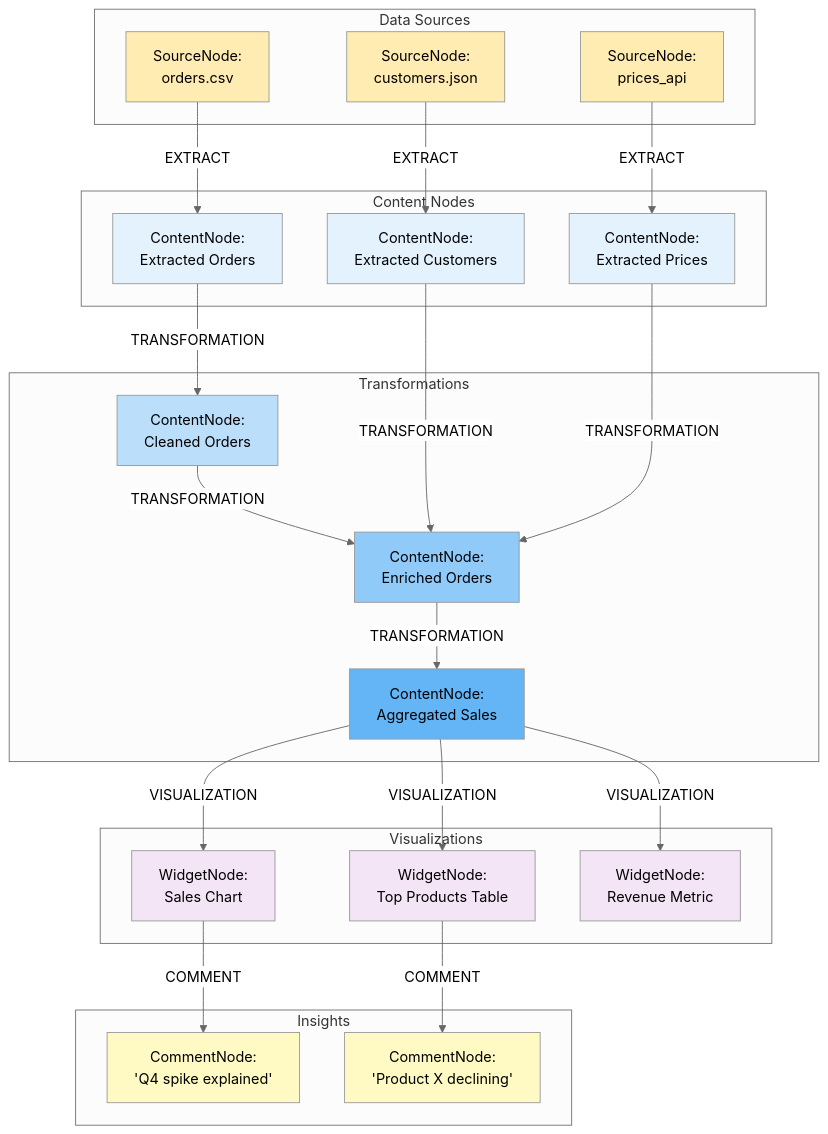
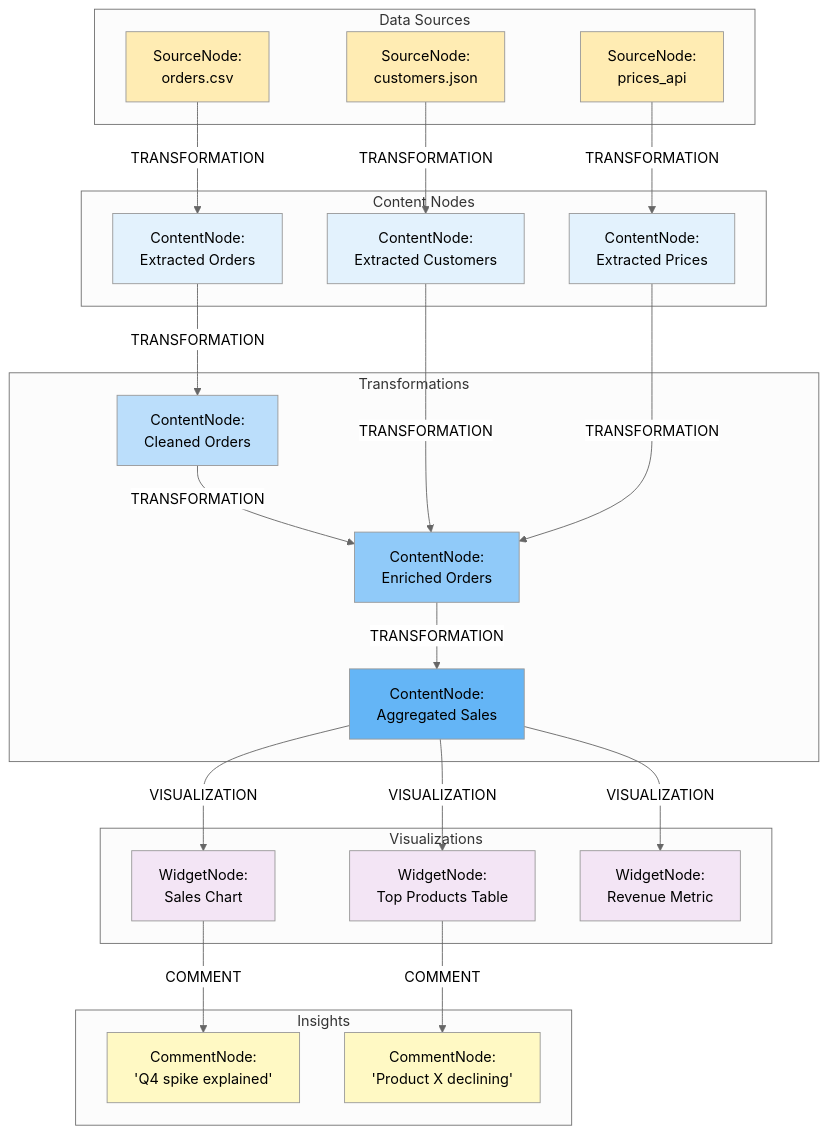
One commit to sgalex/gigaboard changed the sixth of 6 diagrams in docs/CONNECTION_TYPES.md. Above: the diagram before and after it, drawn with Mermaid (neutral theme). The commit also changed other lines of this file and 292 other files, not shown here.

````diff
--- a/docs/CONNECTION_TYPES.md
+++ b/docs/CONNECTION_TYPES.md
@@ -888,64 +784,64 @@
 ```mermaid
 flowchart TB
     subgraph Sources["Data Sources"]
         SN1["SourceNode:\norders.csv"]
         SN2["SourceNode:\ncustomers.json"]
         SN3["SourceNode:\nprices_api"]
     end
     
     subgraph Content["Content Nodes"]
         CN1["ContentNode:\nExtracted Orders"]
         CN2["ContentNode:\nExtracted Customers"]
         CN3["ContentNode:\nExtracted Prices"]
     end
     
     subgraph Transformations["Transformations"]
         CN4["ContentNode:\nCleaned Orders"]
         CN5["ContentNode:\nEnriched Orders"]
         CN6["ContentNode:\nAggregated Sales"]
     end
     
     subgraph Visualizations["Visualizations"]
         WN1["WidgetNode:\nSales Chart"]
         WN2["WidgetNode:\nTop Products Table"]
         WN3["WidgetNode:\nRevenue Metric"]
     end
     
     subgraph Insights["Insights"]
         ComN1["CommentNode:\n'Q4 spike explained'"]
         ComN2["CommentNode:\n'Product X declining'"]
     end
     
-    SN1 -->|EXTRACT| CN1
-    SN2 -->|EXTRACT| CN2
-    SN3 -->|EXTRACT| CN3
+    SN1 -->|TRANSFORMATION| CN1
+    SN2 -->|TRANSFORMATION| CN2
+    SN3 -->|TRANSFORMATION| CN3
     
     CN1 -->|TRANSFORMATION| CN4
     CN4 -->|TRANSFORMATION| CN5
     CN2 -->|TRANSFORMATION| CN5
     CN3 -->|TRANSFORMATION| CN5
     
     CN5 -->|TRANSFORMATION| CN6
     
     CN6 -->|VISUALIZATION| WN1
     CN6 -->|VISUALIZATION| WN2
     CN6 -->|VISUALIZATION| WN3
     
     WN1 -->|COMMENT| ComN1
     WN2 -->|COMMENT| ComN2
     
     style SN1 fill:#ffecb3
     style SN2 fill:#ffecb3
     style SN3 fill:#ffecb3
     style CN1 fill:#e3f2fd
     style CN2 fill:#e3f2fd
     style CN3 fill:#e3f2fd
     style CN4 fill:#bbdefb
     style CN5 fill:#90caf9
     style CN6 fill:#64b5f6
     style WN1 fill:#f3e5f5
     style WN2 fill:#f3e5f5
     style WN3 fill:#f3e5f5
     style ComN1 fill:#fff9c4
     style ComN2 fill:#fff9c4
 ```
````
